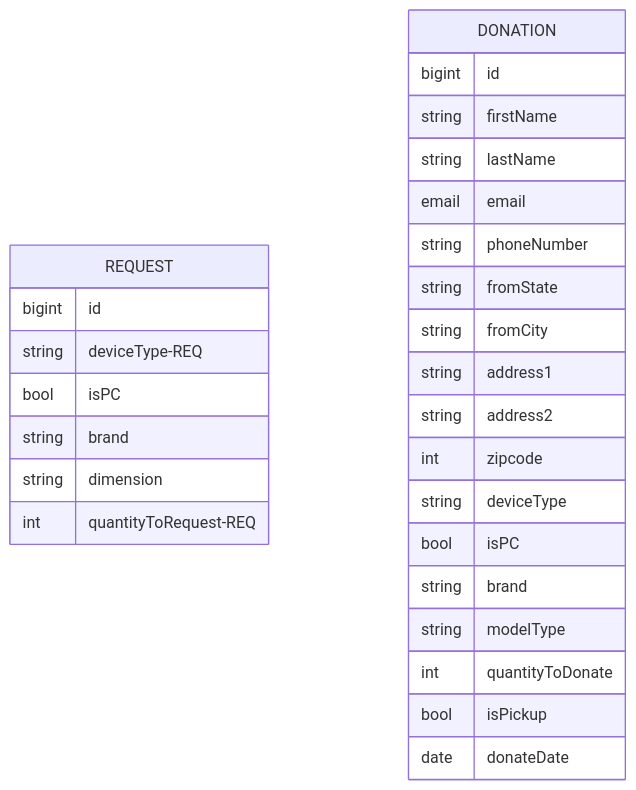
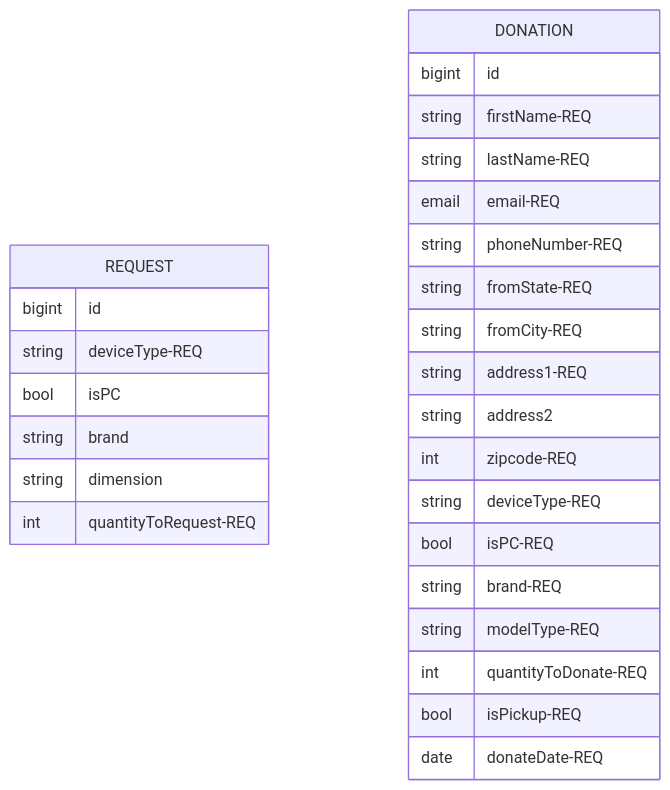
The diagram in README.md (cindywongdev/give2learn-backend), drawn with Mermaid before and after one commit. The commit also changed 1 other file, not shown here.

Commit message:
updated schema requirements

````diff
--- a/README.md
+++ b/README.md
@@ -13,30 +13,30 @@
 ```mermaid
 erDiagram
     REQUEST {
         bigint  id
         string  deviceType-REQ
         bool    isPC
         string  brand
         string  dimension
         int     quantityToRequest-REQ
     }
     DONATION {
         bigint  id
-        string  firstName
-        string  lastName
-        email   email
-        string  phoneNumber
-        string  fromState
-        string  fromCity
-        string  address1
+        string  firstName-REQ
+        string  lastName-REQ
+        email   email-REQ
+        string  phoneNumber-REQ
+        string  fromState-REQ
+        string  fromCity-REQ
+        string  address1-REQ
         string  address2
-        int     zipcode
-        string  deviceType
-        bool    isPC
-        string  brand
-        string  modelType
-        int     quantityToDonate
-        bool    isPickup
-        date    donateDate
+        int     zipcode-REQ
+        string  deviceType-REQ
+        bool    isPC-REQ
+        string  brand-REQ
+        string  modelType-REQ
+        int     quantityToDonate-REQ
+        bool    isPickup-REQ
+        date    donateDate-REQ
     }
 ```
````
